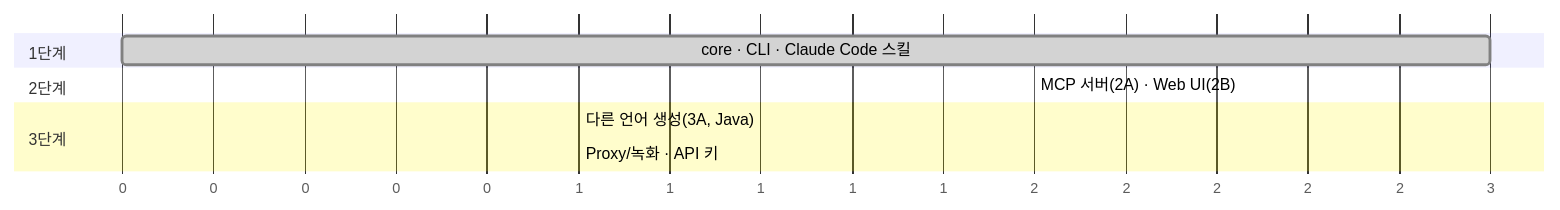
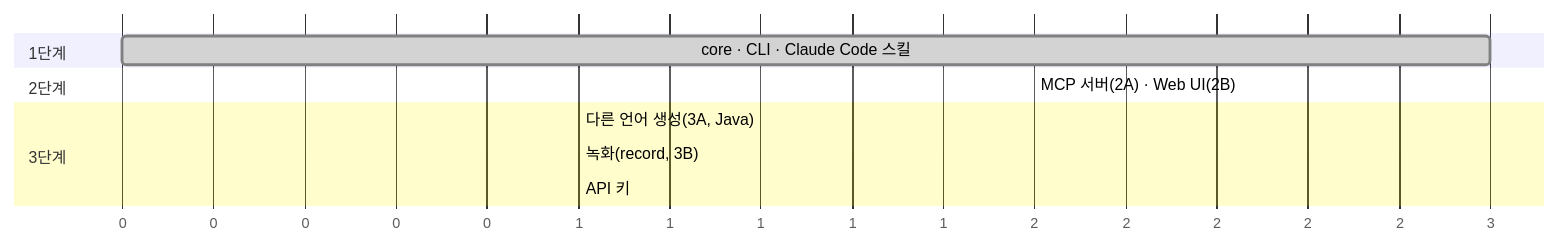
Before and after one commit to geonhos/specmock: the tenth of 10 diagrams in docs/architecture.md, drawn with Mermaid. The commit also changed other lines of this file and 6 other files, not shown here.

````diff
--- a/docs/architecture.md
+++ b/docs/architecture.md
@@ -215,12 +222,13 @@
 ```mermaid
 gantt
     dateFormat  X
     axisFormat  %s
     section 1단계
     core · CLI · Claude Code 스킬        :done, a1, 0, 3
     section 2단계
     MCP 서버(2A) · Web UI(2B)            :done, a2, after a1, 2
     section 3단계
     다른 언어 생성(3A, Java)             :done, a3, after a2, 1
-    Proxy/녹화 · API 키                  :a4, after a3, 1
+    녹화(record, 3B)                     :done, a4, after a3, 1
+    API 키                               :a5, after a4, 1
 ```
````
